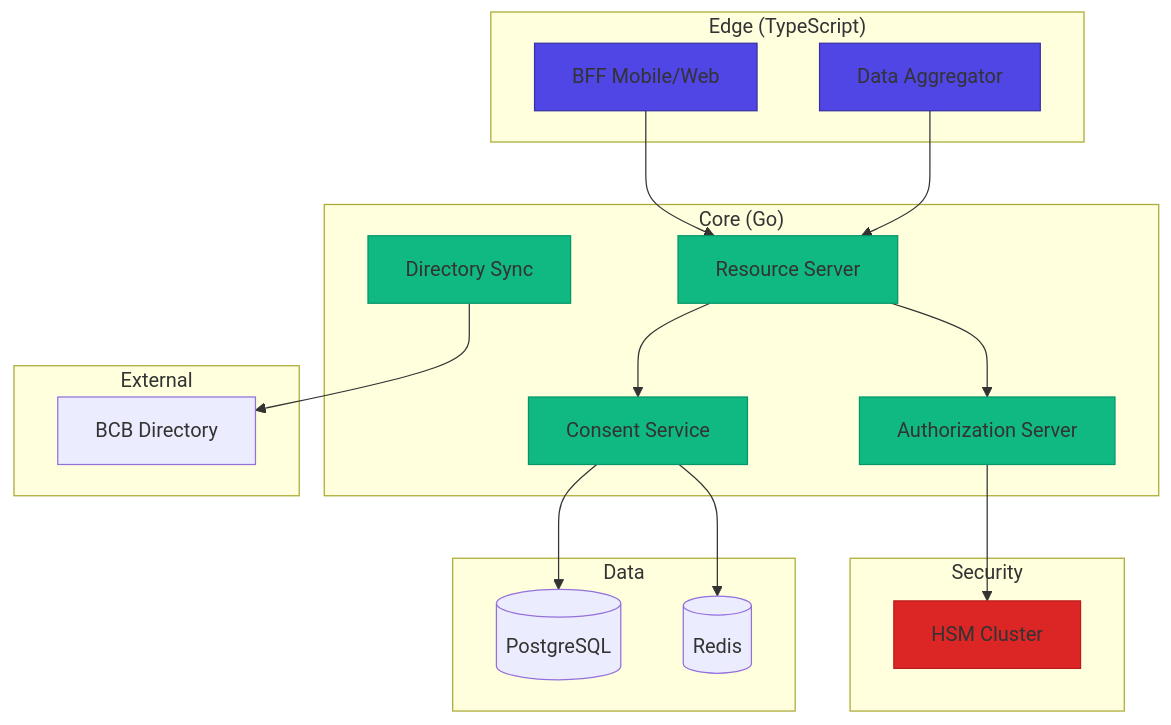
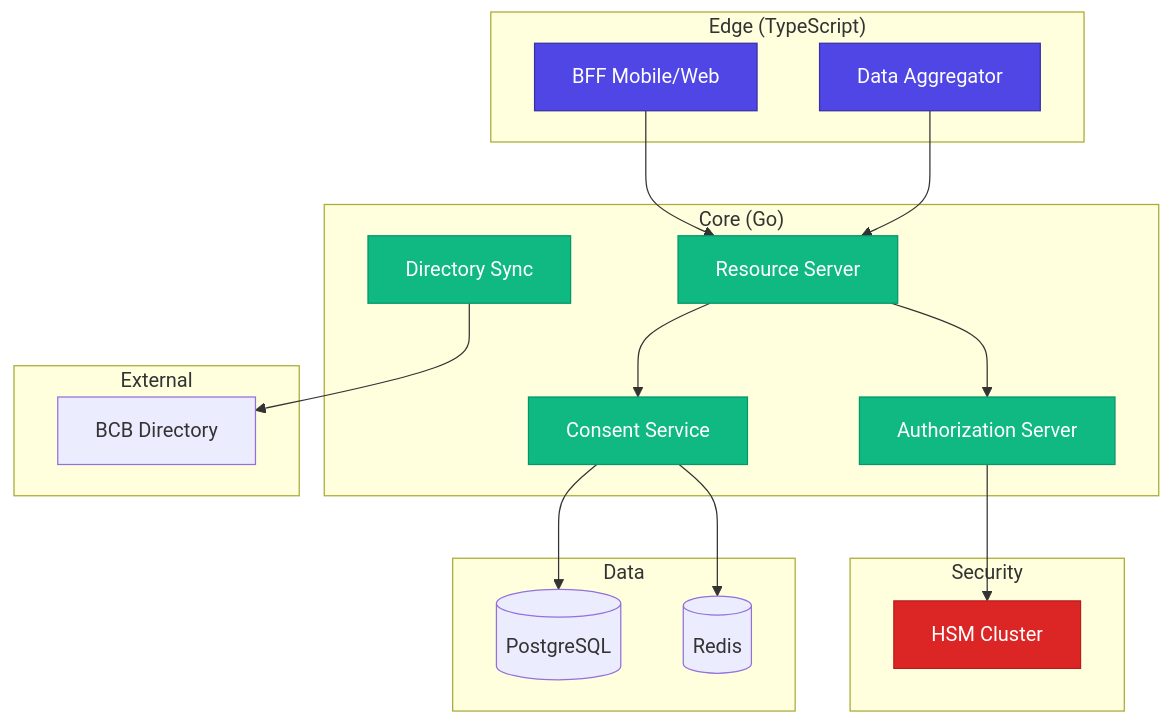
The fourth of 4 diagrams in packages/docs/challenges/05-open-finance.md (mateussiqueira/banking-stack), drawn with Mermaid before and after one commit. The commit also changed other lines of this file and 80 other files, not shown here.

First line of the commit message:
roadmap fases 1-4: interatividade, quizzes, gamificacao, flashcards

````diff
--- a/packages/docs/challenges/05-open-finance.md
+++ b/packages/docs/challenges/05-open-finance.md
@@ -645,44 +898,44 @@
 ```mermaid
-graph TB
+flowchart TB
     subgraph "Edge (TypeScript)"
       BFF[BFF Mobile/Web]
       AGG[Data Aggregator]
     end
 
     subgraph "Core (Go)"
       AS[Authorization Server]
       CONSENT[Consent Service]
       RES[Resource Server]
       DIR[Directory Sync]
     end
 
     subgraph "Security"
       HSM[HSM Cluster]
     end
 
     subgraph "Data"
       PG[(PostgreSQL)]
       REDIS[(Redis)]
     end
 
     subgraph "External"
       BCB[BCB Directory]
     end
 
     BFF --> RES
     AGG --> RES
     RES --> CONSENT
     RES --> AS
     AS --> HSM
     CONSENT --> PG
     CONSENT --> REDIS
     DIR --> BCB
 
-    classDef edge fill:#4f46e5,stroke:#3730a3;
-    classDef core fill:#10b981,stroke:#059669;
-    classDef security fill:#dc2626,stroke:#b91c1c;
+    classDef edge fill:#4f46e5,stroke:#3730a3,color:#fff
+    classDef core fill:#10b981,stroke:#059669,color:#fff
+    classDef security fill:#dc2626,stroke:#b91c1c,color:#fff
 
-    class BFF,AGG edge;
-    class AS,CONSENT,RES,DIR core;
-    class HSM security;
+    class BFF,AGG edge
+    class AS,CONSENT,RES,DIR core
+    class HSM security
 ```
````
